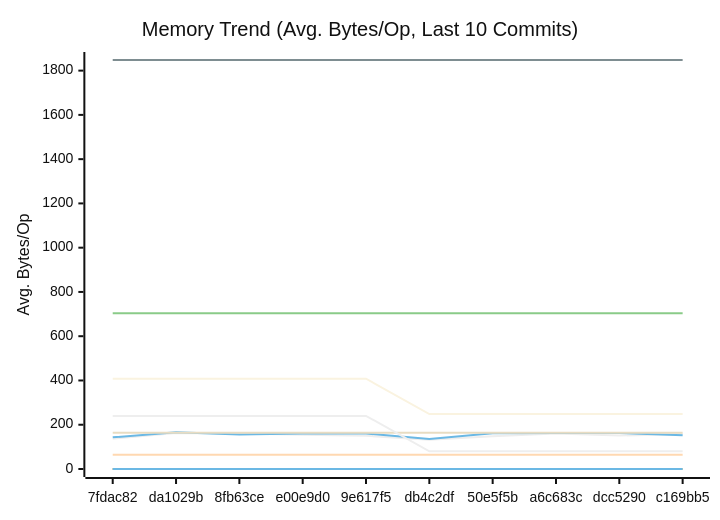
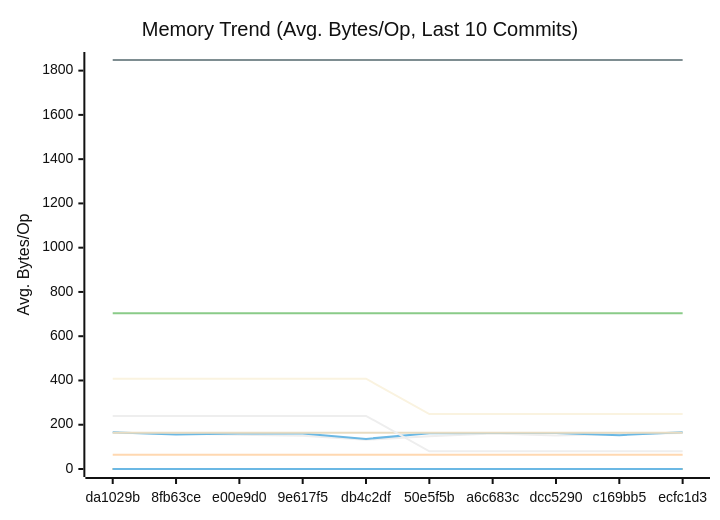
One commit to alsotoes/momo changed the second of 3 diagrams in docs/PERFORMANCE.md. Above: the diagram before and after it, drawn with Mermaid (neutral theme). The commit also changed other lines of this file and 4 other files, not shown here.

````diff
--- a/docs/PERFORMANCE.md
+++ b/docs/PERFORMANCE.md
@@ -171,20 +171,20 @@
 ```mermaid
 xychart-beta
     title "Memory Trend (Avg. Bytes/Op, Last 10 Commits)"
     x-axis "Commit"
     y-axis "Avg. Bytes/Op"
-    x-axis [7fdac82,da1029b,8fb63ce,e00e9d0,9e617f5,db4c2df,50e5f5b,a6c683c,dcc5290,c169bb5]
-    line "AWSChunkedReaderSigned" [137,163,160,155,150,132,148,160,151,158]
-    line "AWSChunkedReaderUnsigned" [143,166,156,160,160,136,161,163,163,153]
+    x-axis [da1029b,8fb63ce,e00e9d0,9e617f5,db4c2df,50e5f5b,a6c683c,dcc5290,c169bb5,ecfc1d3]
+    line "AWSChunkedReaderSigned" [163,160,155,150,132,148,160,151,158,163]
+    line "AWSChunkedReaderUnsigned" [166,156,160,160,136,161,163,163,153,166]
     line "CheckMetricsAndSwap" [0,0,0,0,0,0,0,0,0,0]
     line "CrushOptimized" [0,0,0,0,0,0,0,0,0,0]
     line "CrushOriginal" [164,164,164,164,164,164,164,164,164,164]
     line "IndexDirectTracking" [0,0,0,0,0,0,0,0,0,0]
     line "IndexSearch" [0,0,0,0,0,0,0,0,0,0]
     line "LoadGlobalConfig" [1848,1848,1848,1848,1848,1848,1848,1848,1848,1848]
     line "PadString" [64,64,64,64,64,64,64,64,64,64]
     line "ParseReplicationOrder_NoPrealloc" [408,408,408,408,408,248,248,248,248,248]
     line "ParseReplicationOrder_Prealloc" [240,240,240,240,240,80,80,80,80,80]
     line "SanitizeLog/Safe" [0,0,0,0,0,0,0,0,0,0]
     line "SanitizeLog/Unsafe" [704,704,704,704,704,704,704,704,704,704]
 ```
````
